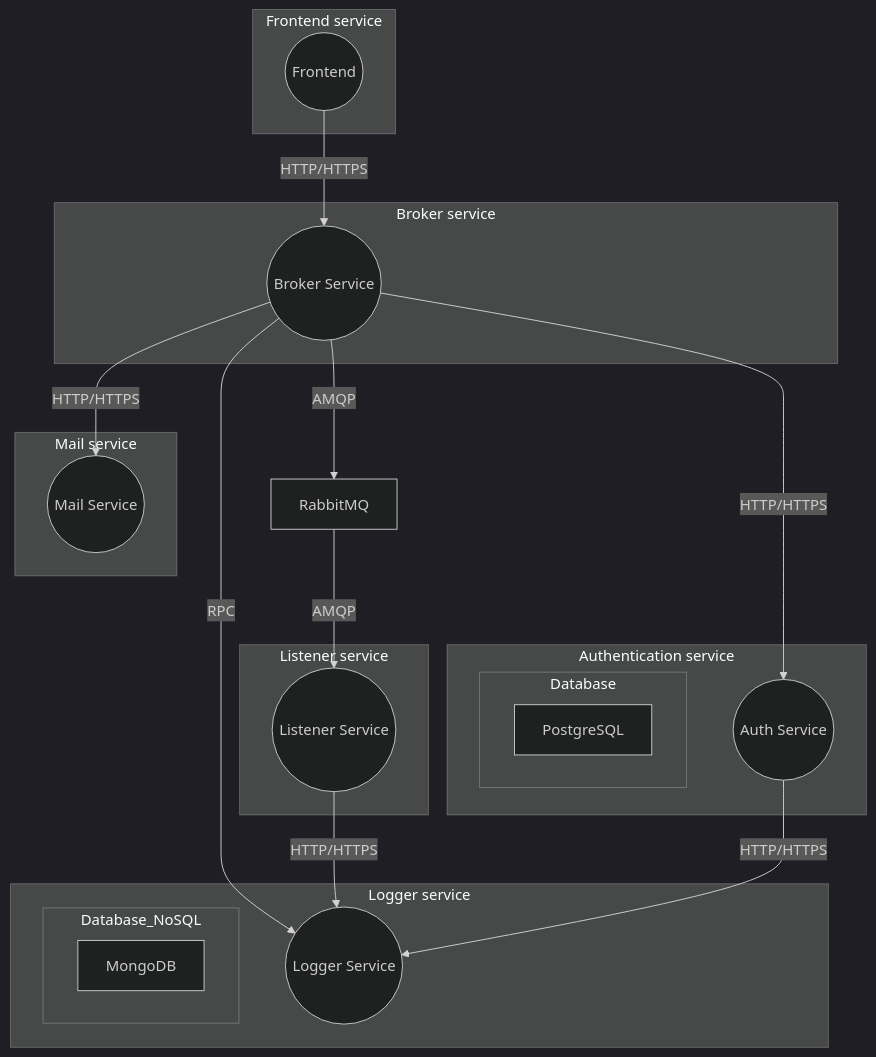
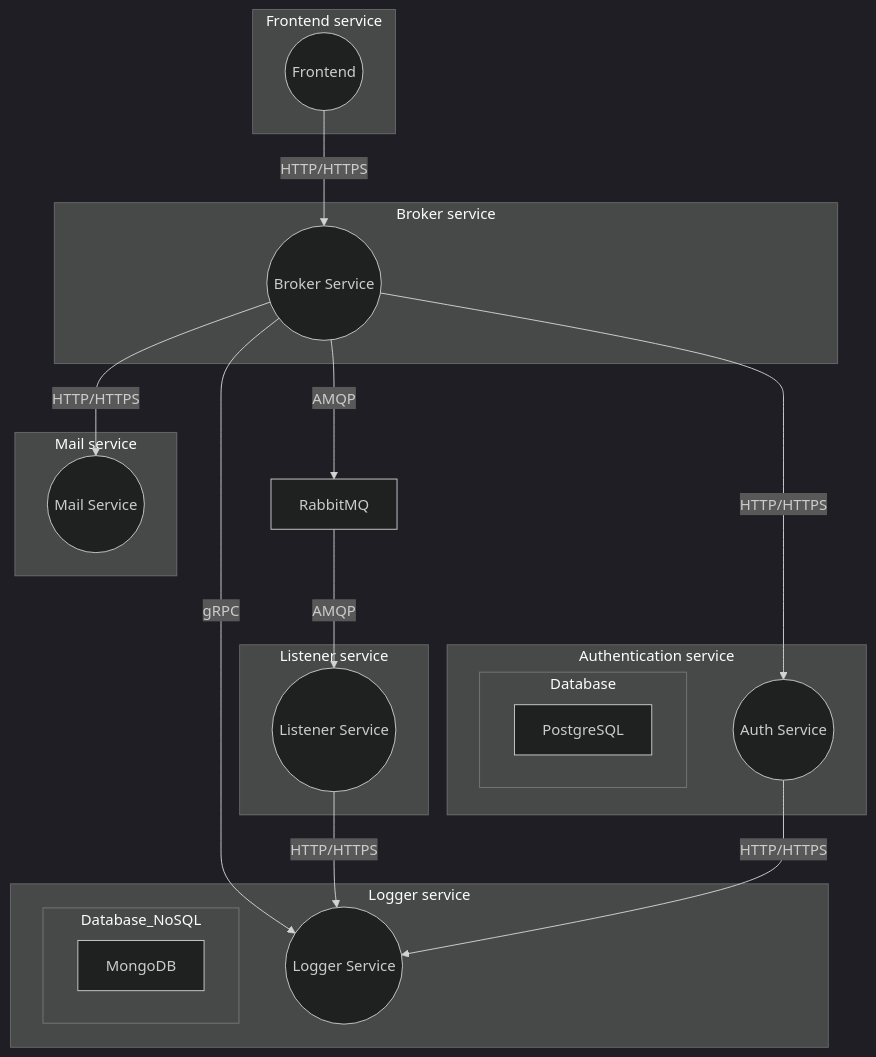
One commit to konstantin-evo/microservices-in-go changed the diagram in readme.md. Above: the diagram before and after it, drawn with Mermaid (dark theme). The commit also changed other lines of this file, not shown here.

````diff
--- a/readme.md
+++ b/readme.md
@@ -120,45 +120,45 @@
 ```mermaid
 graph TD
     subgraph Frontend service
         Frontend((Frontend))
     end
 
     subgraph Broker service
         Broker((Broker Service))
     end
 
     subgraph Authentication service
         Auth((Auth Service))
         Database
     end
 
     subgraph Logger service
         Logger((Logger Service))
         Database_NoSQL
     end
 
     subgraph Mail service
         Mail((Mail Service))
     end
 
     subgraph Listener service
         Listener((Listener Service))
     end
 
     subgraph Database
         PostgreSQL
     end
 
     subgraph Database_NoSQL
         MongoDB
     end
 
     Frontend -- HTTP/HTTPS --> Broker
     Broker -- HTTP/HTTPS --> Auth
     Broker -- HTTP/HTTPS --> Mail
     Broker -- AMQP --> RabbitMQ
-    Broker -- RPC --> Logger
+    Broker -- gRPC --> Logger
     RabbitMQ -- AMQP --> Listener
     Listener -- HTTP/HTTPS --> Logger
     Auth -- HTTP/HTTPS --> Logger
 ```
````
